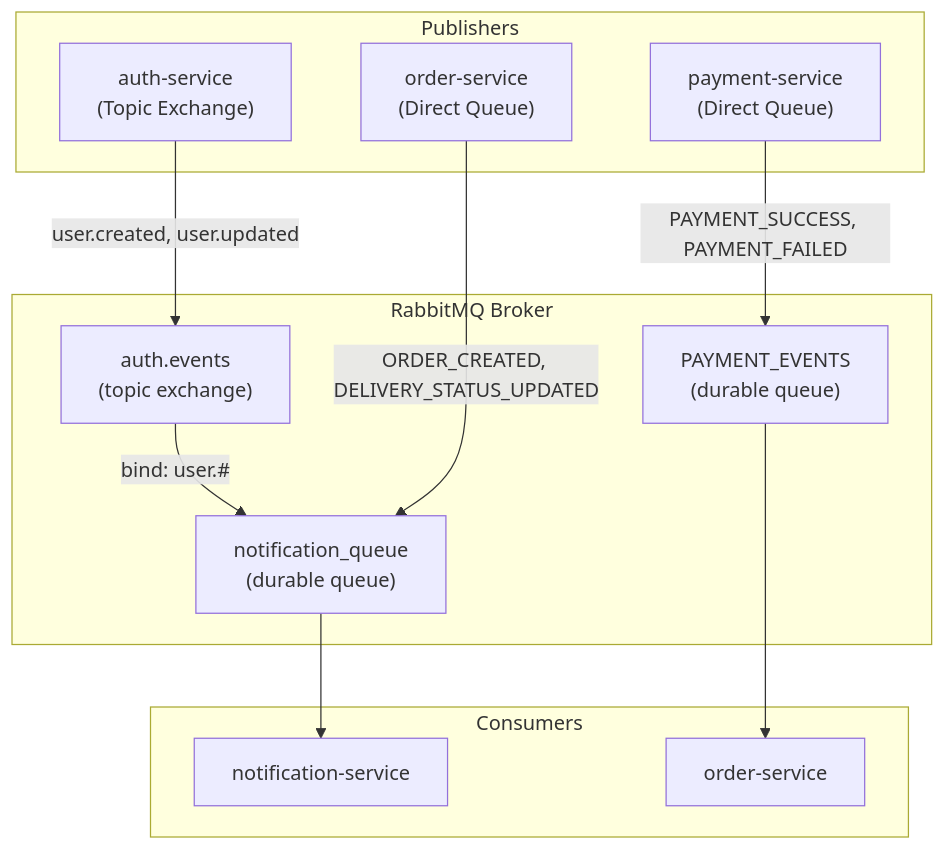
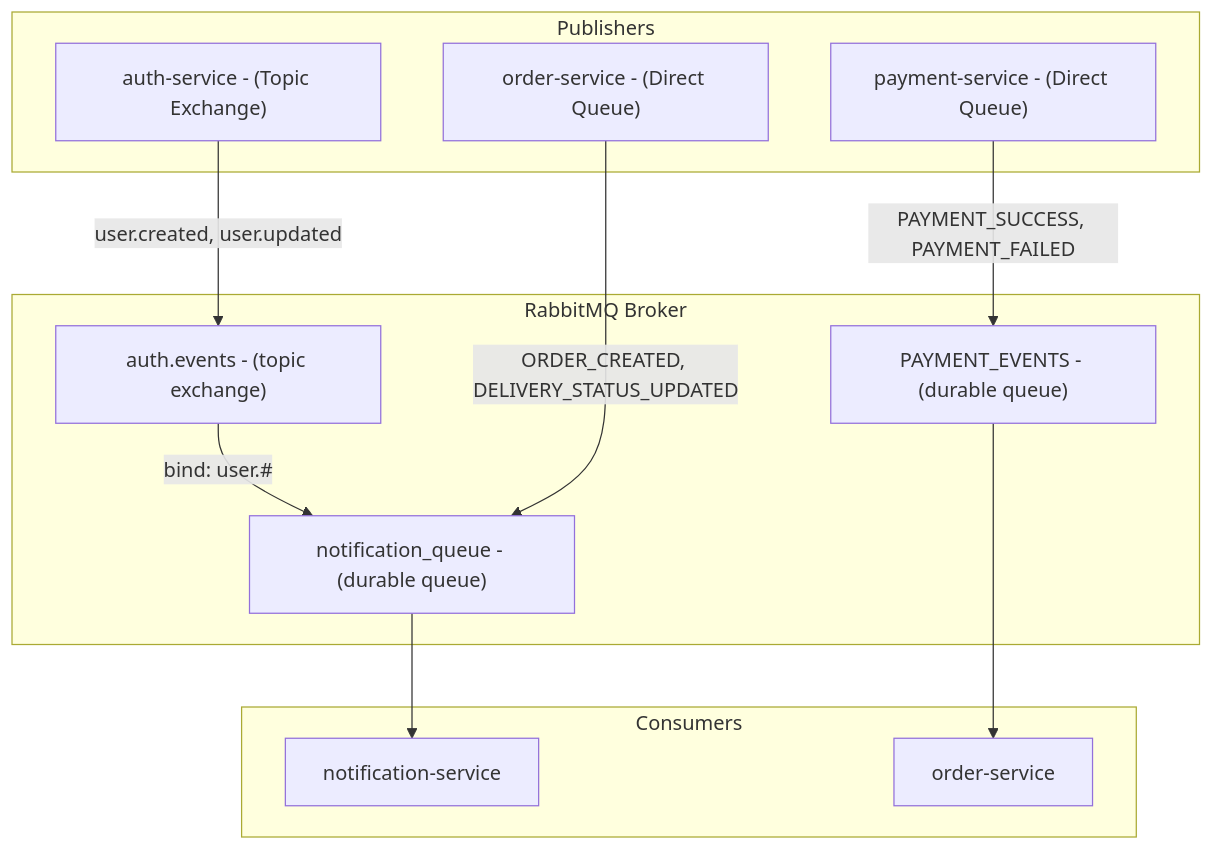
The second of 21 diagrams in profile/README.md (Food-Delivery-Aggregator/.github), drawn with Mermaid before and after one commit. The commit also changed other lines of this file, not shown here.

Commit message:
Refactor mermaid diagrams for clarity and consistency

````diff
--- a/profile/README.md
+++ b/profile/README.md
@@ -184,28 +181,28 @@
 ```mermaid
-graph TD
+flowchart TD
     subgraph "Publishers"
-        AUTH_PUB["auth-service\n(Topic Exchange)"]
-        ORDER_PUB["order-service\n(Direct Queue)"]
-        PAY_PUB["payment-service\n(Direct Queue)"]
+        AUTH_PUB["auth-service - (Topic Exchange)"]
+        ORDER_PUB["order-service - (Direct Queue)"]
+        PAY_PUB["payment-service - (Direct Queue)"]
     end
 
     subgraph "RabbitMQ Broker"
-        EXCHANGE_AUTH["auth.events\n(topic exchange)"]
-        QUEUE_NOTIF["notification_queue\n(durable queue)"]
-        QUEUE_PAY_EVENTS["PAYMENT_EVENTS\n(durable queue)"]
+        EXCHANGE_AUTH["auth.events - (topic exchange)"]
+        QUEUE_NOTIF["notification_queue - (durable queue)"]
+        QUEUE_PAY_EVENTS["PAYMENT_EVENTS - (durable queue)"]
     end
 
     subgraph "Consumers"
         NOTIFY_CON["notification-service"]
         ORDER_CON["order-service"]
     end
 
     AUTH_PUB -->|"user.created, user.updated"| EXCHANGE_AUTH
     EXCHANGE_AUTH -->|"bind: user.#"| QUEUE_NOTIF
 
     ORDER_PUB -->|"ORDER_CREATED, DELIVERY_STATUS_UPDATED"| QUEUE_NOTIF
     PAY_PUB -->|"PAYMENT_SUCCESS, PAYMENT_FAILED"| QUEUE_PAY_EVENTS
 
     QUEUE_NOTIF --> NOTIFY_CON
     QUEUE_PAY_EVENTS --> ORDER_CON
 ```
````
